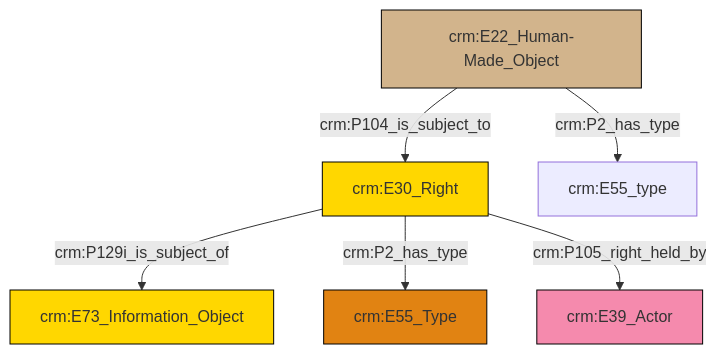
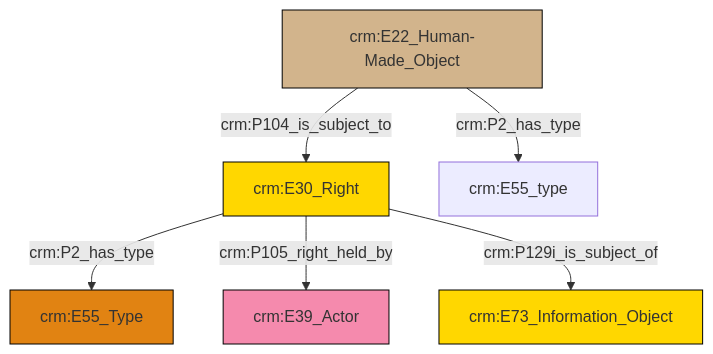
One commit to swiss-art-research-net/docs.swissartresearch changed the diagram in et/builtWorkCSV/ttl/mmd/Built_Work_rights.ttl.mmd. Above: the diagram before and after it, drawn with Mermaid. The commit also changed 178 other files, not shown here.

```diff
--- a/et/builtWorkCSV/ttl/mmd/Built_Work_rights.ttl.mmd
+++ b/et/builtWorkCSV/ttl/mmd/Built_Work_rights.ttl.mmd
@@ -1,20 +1,20 @@
 graph TD
 classDef Literal fill:#f2f2f2,stroke:#000000;
 classDef CRM_Entity fill:#FFFFFF,stroke:#000000;
 classDef Temporal_Entity fill:#00C9E6, stroke:#000000;
 classDef Type fill:#E18312, stroke:#000000;
 classDef Time-Span fill:#2C9C91, stroke:#000000;
 classDef Appellation fill:#FFEB7F, stroke:#000000;
 classDef Place fill:#008836, stroke:#000000;
 classDef Persistent_Item fill:#B266B2, stroke:#000000;
 classDef Conceptual_Object fill:#FFD700, stroke:#000000;
 classDef Physical_Thing fill:#D2B48C, stroke:#000000;
 classDef Actor fill:#f58aad, stroke:#000000;
 classDef PC_Classes fill:#4ce600, stroke:#000000;
 classDef Multi fill:#cccccc,stroke:#000000;
 
-0["crm:E30_Right"]:::Conceptual_Object -->|crm:P129i_is_subject_of| 1["crm:E73_Information_Object"]:::Conceptual_Object
-0["crm:E30_Right"]:::Conceptual_Object -->|crm:P2_has_type| 2["crm:E55_Type"]:::Type
-6["crm:E22_Human-Made_Object"]:::Physical_Thing -->|crm:P2_has_type| 4["crm:E55_type"]:::Default
-0["crm:E30_Right"]:::Conceptual_Object -->|crm:P105_right_held_by| 9["crm:E39_Actor"]:::Actor
-6["crm:E22_Human-Made_Object"]:::Physical_Thing -->|crm:P104_is_subject_to| 0["crm:E30_Right"]:::Conceptual_Object
+2["crm:E30_Right"]:::Conceptual_Object -->|crm:P2_has_type| 3["crm:E55_Type"]:::Type
+2["crm:E30_Right"]:::Conceptual_Object -->|crm:P105_right_held_by| 4["crm:E39_Actor"]:::Actor
+5["crm:E22_Human-Made_Object"]:::Physical_Thing -->|crm:P2_has_type| 6["crm:E55_type"]:::Default
+5["crm:E22_Human-Made_Object"]:::Physical_Thing -->|crm:P104_is_subject_to| 2["crm:E30_Right"]:::Conceptual_Object
+2["crm:E30_Right"]:::Conceptual_Object -->|crm:P129i_is_subject_of| 0["crm:E73_Information_Object"]:::Conceptual_Object
```
